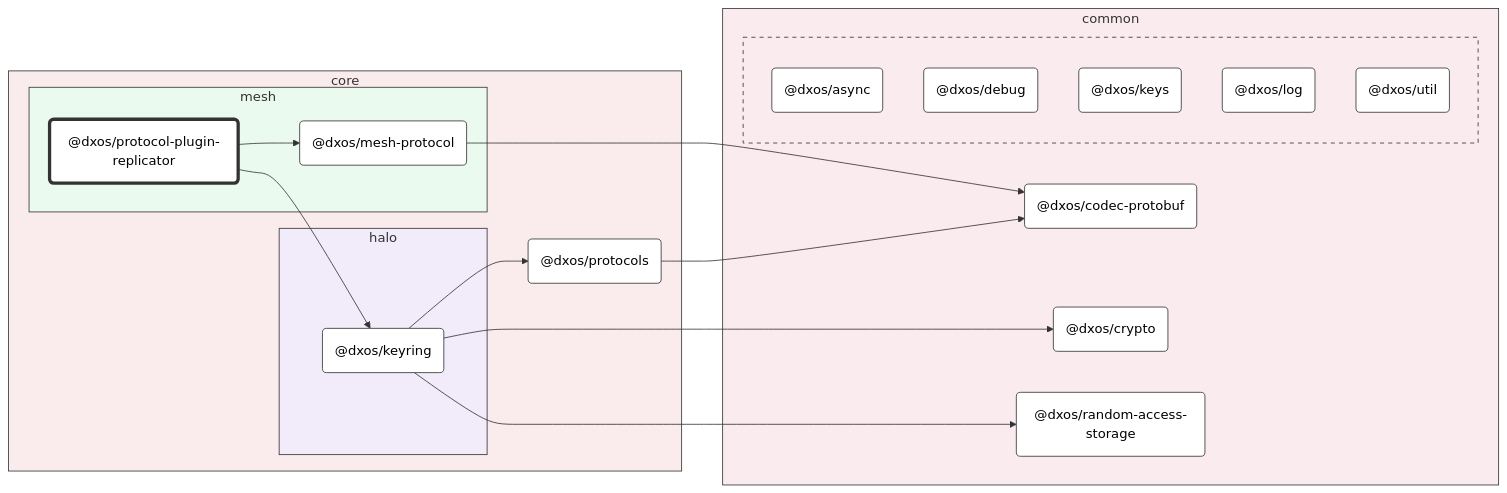
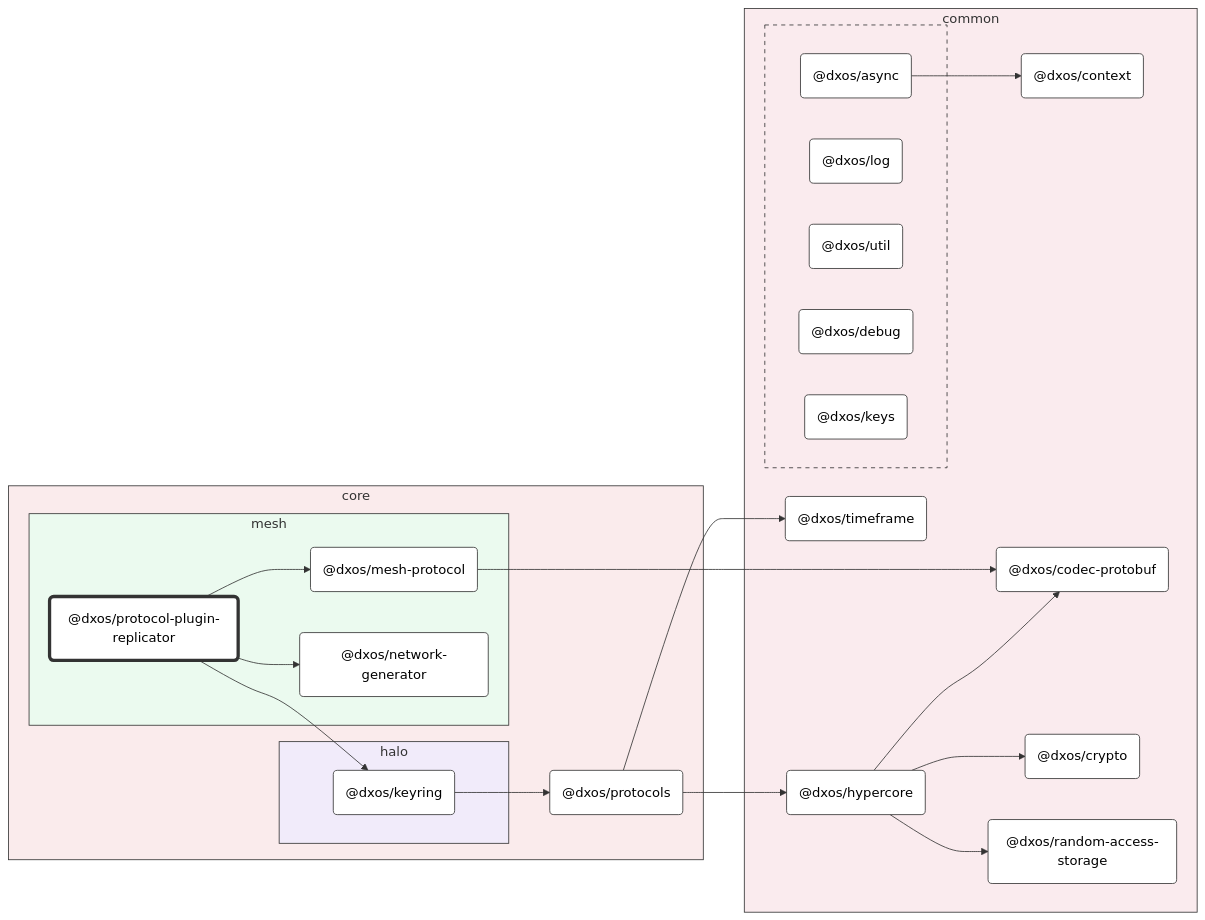
The diagram in packages/core/mesh/protocol-plugin-replicator/docs/README.md (dxos/dxos), drawn with Mermaid (forest theme) before and after one commit. The commit also changed other lines of this file and 95 other files, not shown here.

Commit message:
Class diagrams.

````diff
--- a/packages/core/mesh/protocol-plugin-replicator/docs/README.md
+++ b/packages/core/mesh/protocol-plugin-replicator/docs/README.md
@@ -7,65 +7,77 @@
 ```mermaid
 %%{ init: {'flowchart':{'curve':'basis'}} }%%
 
 flowchart LR
 
 %% Classes
 classDef def fill:#fff,stroke:#333,stroke-width:1px
 classDef root fill:#fff,stroke:#333,stroke-width:4px
 
 %% Nodes
 
 subgraph core [core]
   style core fill:#faebec,stroke:#333
   dxos/protocols("@dxos/protocols"):::def
   click dxos/protocols "dxos/dxos/tree/main/packages/core/protocols/docs"
 
   subgraph mesh [mesh]
     style mesh fill:#ebfaef,stroke:#333
     dxos/protocol-plugin-replicator("@dxos/protocol-plugin-replicator"):::root
     click dxos/protocol-plugin-replicator "dxos/dxos/tree/main/packages/core/mesh/protocol-plugin-replicator/docs"
     dxos/mesh-protocol("@dxos/mesh-protocol"):::def
     click dxos/mesh-protocol "dxos/dxos/tree/main/packages/core/mesh/mesh-protocol/docs"
+    dxos/network-generator("@dxos/network-generator"):::def
+    click dxos/network-generator "dxos/dxos/tree/main/packages/core/mesh/network-generator/docs"
   end
 
   subgraph halo [halo]
     style halo fill:#f1ebfa,stroke:#333
     dxos/keyring("@dxos/keyring"):::def
     click dxos/keyring "dxos/dxos/tree/main/packages/core/halo/keyring/docs"
   end
 end
 
 subgraph common [common]
   style common fill:#faebee,stroke:#333
+  dxos/context("@dxos/context"):::def
+  click dxos/context "dxos/dxos/tree/main/packages/common/context/docs"
   dxos/codec-protobuf("@dxos/codec-protobuf"):::def
   click dxos/codec-protobuf "dxos/dxos/tree/main/packages/common/codec-protobuf/docs"
   dxos/crypto("@dxos/crypto"):::def
   click dxos/crypto "dxos/dxos/tree/main/packages/common/crypto/docs"
+  dxos/hypercore("@dxos/hypercore"):::def
+  click dxos/hypercore "dxos/dxos/tree/main/packages/common/hypercore/docs"
   dxos/random-access-storage("@dxos/random-access-storage"):::def
   click dxos/random-access-storage "dxos/dxos/tree/main/packages/common/random-access-storage/docs"
+  dxos/timeframe("@dxos/timeframe"):::def
+  click dxos/timeframe "dxos/dxos/tree/main/packages/common/timeframe/docs"
 
   subgraph _ [ ]
     style _ fill:#faebee,stroke:#333,stroke-dasharray:5 5
     dxos/async("@dxos/async"):::def
     click dxos/async "dxos/dxos/tree/main/packages/common/async/docs"
+    dxos/log("@dxos/log"):::def
+    click dxos/log "dxos/dxos/tree/main/packages/common/log/docs"
+    dxos/util("@dxos/util"):::def
+    click dxos/util "dxos/dxos/tree/main/packages/common/util/docs"
     dxos/debug("@dxos/debug"):::def
     click dxos/debug "dxos/dxos/tree/main/packages/common/debug/docs"
     dxos/keys("@dxos/keys"):::def
     click dxos/keys "dxos/dxos/tree/main/packages/common/keys/docs"
-    dxos/log("@dxos/log"):::def
-    click dxos/log "dxos/dxos/tree/main/packages/common/log/docs"
-    dxos/util("@dxos/util"):::def
-    click dxos/util "dxos/dxos/tree/main/packages/common/util/docs"
   end
 end
 
 %% Links
 linkStyle default stroke:#333,stroke-width:1px
+dxos/async --> dxos/context
 dxos/protocol-plugin-replicator --> dxos/keyring
-dxos/keyring --> dxos/crypto
 dxos/keyring --> dxos/protocols
-dxos/protocols --> dxos/codec-protobuf
-dxos/keyring --> dxos/random-access-storage
+dxos/protocols --> dxos/hypercore
+dxos/hypercore --> dxos/codec-protobuf
+dxos/hypercore --> dxos/crypto
+dxos/hypercore --> dxos/random-access-storage
+dxos/protocols --> dxos/timeframe
 dxos/protocol-plugin-replicator --> dxos/mesh-protocol
 dxos/mesh-protocol --> dxos/codec-protobuf
+dxos/protocol-plugin-replicator --> dxos/network-generator
 ```
````
